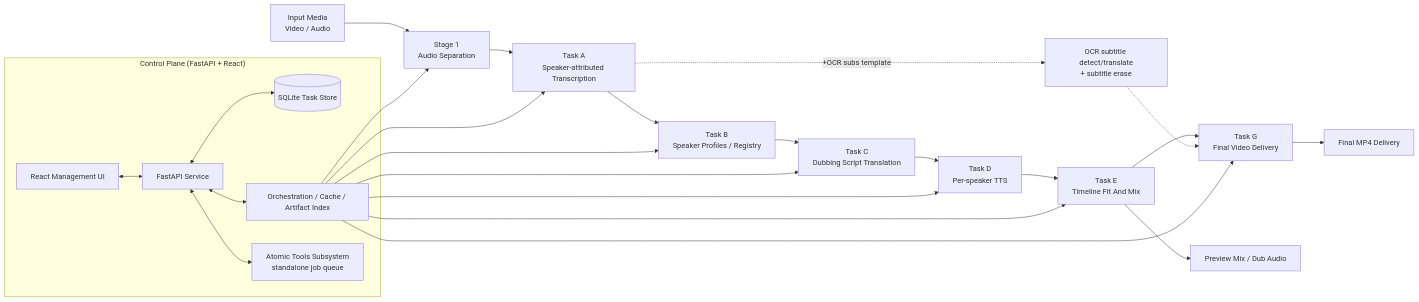
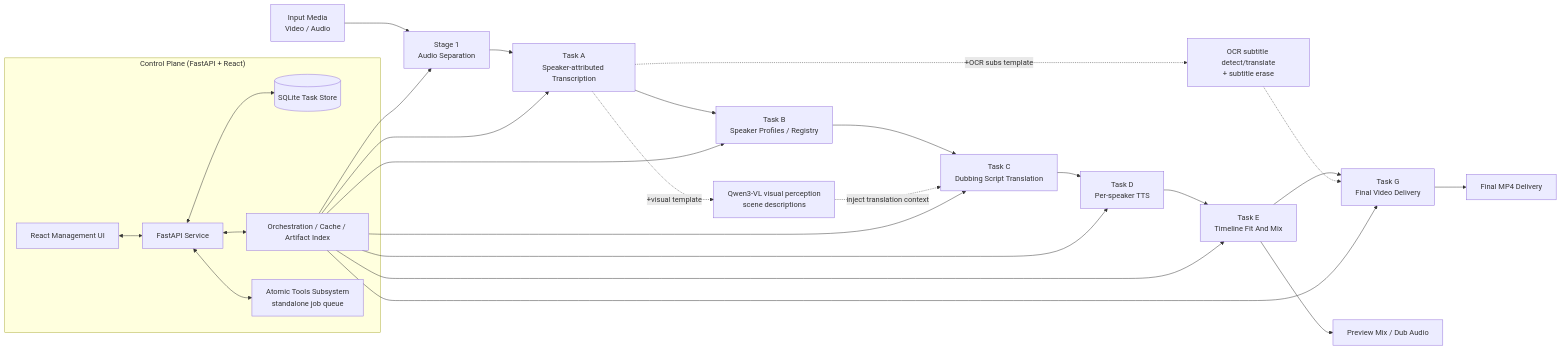
One commit to MasamiYui/translip changed the diagram in README.en.md. Above: the diagram before and after it, drawn with Mermaid. The commit also changed other lines of this file and 1 other file, not shown here.

````diff
--- a/README.en.md
+++ b/README.en.md
@@ -54,30 +54,32 @@
 ```mermaid
 flowchart LR
     Input["Input Media<br/>Video / Audio"] --> Stage1["Stage 1<br/>Audio Separation"]
     Stage1 --> TaskA["Task A<br/>Speaker-attributed Transcription"]
     TaskA --> TaskB["Task B<br/>Speaker Profiles / Registry"]
     TaskB --> TaskC["Task C<br/>Dubbing Script Translation"]
     TaskC --> TaskD["Task D<br/>Per-speaker TTS"]
     TaskD --> TaskE["Task E<br/>Timeline Fit And Mix"]
     TaskE --> TaskG["Task G<br/>Final Video Delivery"]
 
     TaskA -. "+OCR subs template" .-> OCR["OCR subtitle detect/translate<br/>+ subtitle erase"]
     OCR -.-> TaskG
+    TaskA -. "+visual template" .-> Visual["Qwen3-VL visual perception<br/>scene descriptions"]
+    Visual -. "inject translation context" .-> TaskC
 
     subgraph ControlPlane["Control Plane (FastAPI + React)"]
         UI["React Management UI"]
         API["FastAPI Service"]
         DB[("SQLite Task Store")]
         Orchestrator["Orchestration / Cache / Artifact Index"]
         Atomic["Atomic Tools Subsystem<br/>standalone job queue"]
     end
 
     UI <--> API
     API <--> DB
     API <--> Orchestrator
     API <--> Atomic
     Orchestrator --> Stage1 & TaskA & TaskB & TaskC & TaskD & TaskE & TaskG
 
     TaskE --> Preview["Preview Mix / Dub Audio"]
     TaskG --> Delivery["Final MP4 Delivery"]
 ```
````
